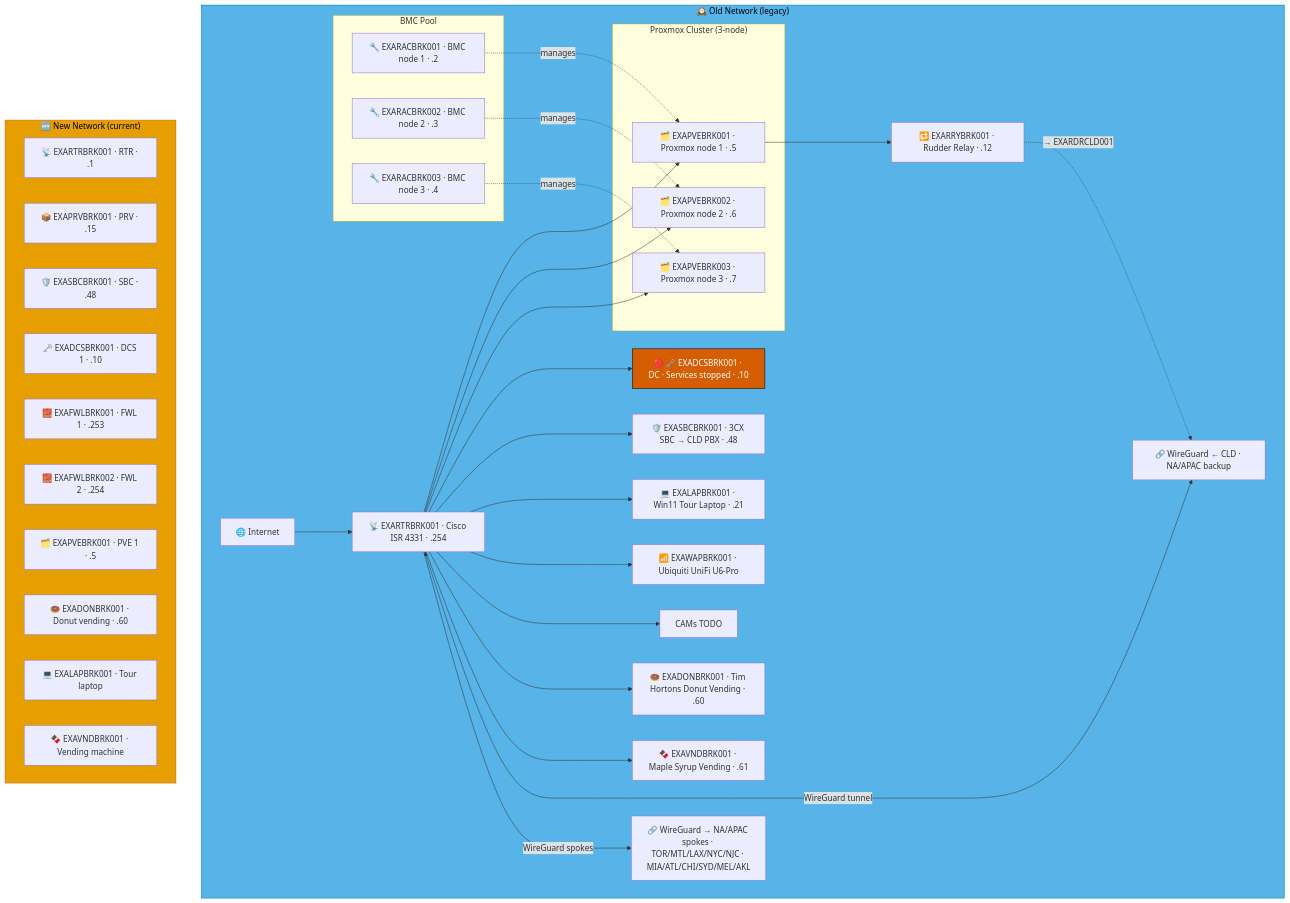
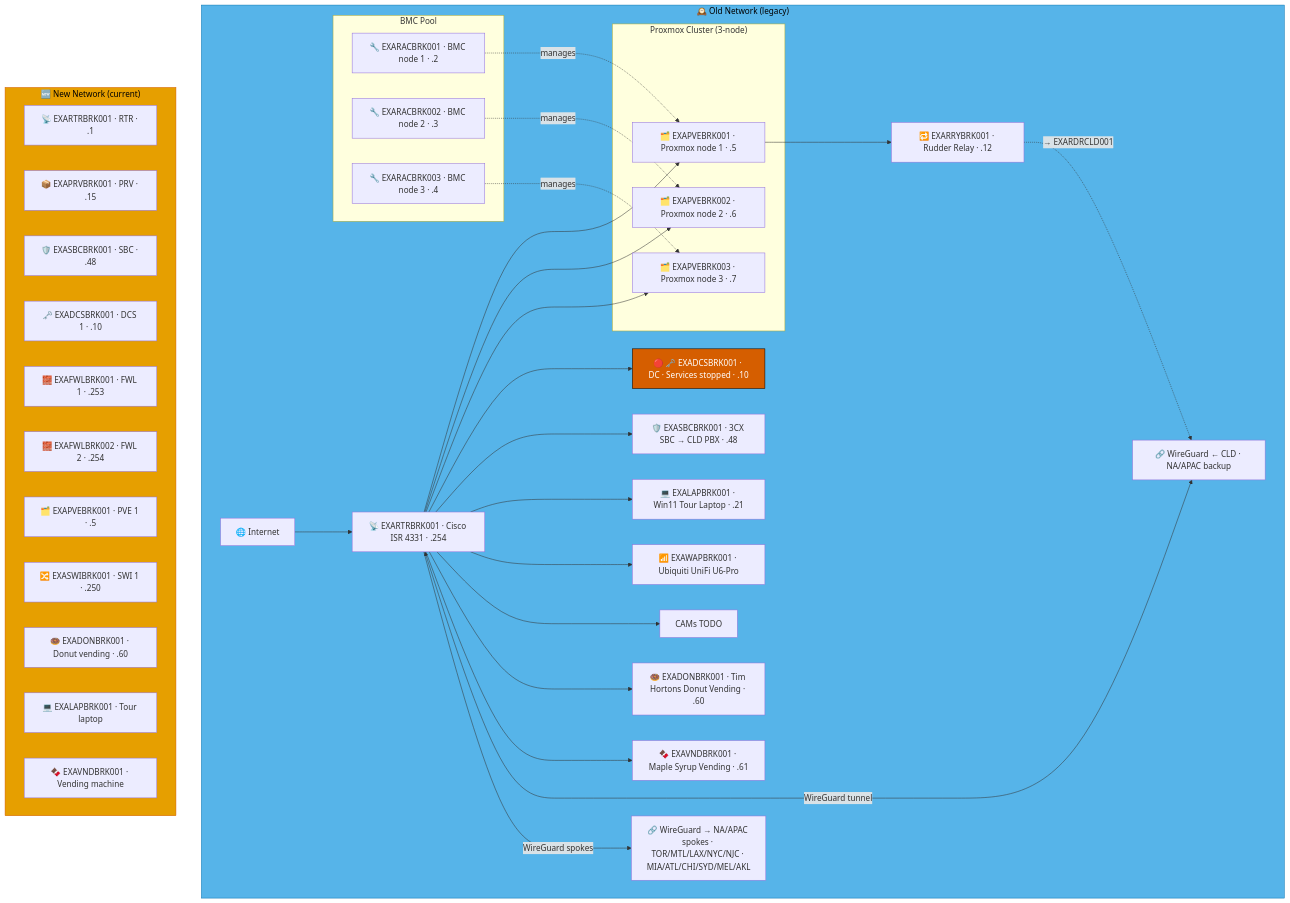
The first of 3 diagrams in docs/network-diagram/canada.md (knightmare2600/example_music_infra), drawn with Mermaid before and after one commit. The commit also changed other lines of this file and 12 other files, not shown here.

````diff
--- a/docs/network-diagram/canada.md
+++ b/docs/network-diagram/canada.md
@@ -17,61 +17,62 @@
 ```mermaid
 graph TD
     subgraph OLD_BRK ["🕰️ Old Network (legacy)"]
       INET["🌐 Internet"]
       RTR["📡 EXARTRBRK001 · Cisco ISR 4331 · .254"]
 
       subgraph BMC ["BMC Pool"]
           RAC1["🔧 EXARACBRK001 · BMC node 1 · .2"]
           RAC2["🔧 EXARACBRK002 · BMC node 2 · .3"]
           RAC3["🔧 EXARACBRK003 · BMC node 3 · .4"]
       end
 
       subgraph PVE ["Proxmox Cluster (3-node)"]
           PVE1["🗂️ EXAPVEBRK001 · Proxmox node 1 · .5"]
           PVE2["🗂️ EXAPVEBRK002 · Proxmox node 2 · .6"]
           PVE3["🗂️ EXAPVEBRK003 · Proxmox node 3 · .7"]
       end
 
       DC["🔴 🗝️ EXADCSBRK001 · DC · Services stopped · .10"]
       SBC["🛡️ EXASBCBRK001 · 3CX SBC → CLD PBX · .48"]
       RRY["🔁 EXARRYBRK001 · Rudder Relay · .12"]
       LAP["💻 EXALAPBRK001 · Win11 Tour Laptop · .21"]
       WAP["📶 EXAWAPBRK001 · Ubiquiti UniFi U6-Pro"]
       CAM["CAMs TODO"]
       VND1["🍩 EXADONBRK001 · Tim Hortons Donut Vending · .60"]
       VND2["🍫 EXAVNDBRK001 · Maple Syrup Vending · .61"]
       VPN_CLD["🔗 WireGuard ← CLD · NA/APAC backup"]
       VPN_NA["🔗 WireGuard → NA/APAC spokes · TOR/MTL/LAX/NYC/NJC · MIA/ATL/CHI/SYD/MEL/AKL"]
 
       INET --> RTR
       RTR --> PVE1 & PVE2 & PVE3
       RTR --> DC & SBC
       RAC1 -.->|"manages"| PVE1
       RAC2 -.->|"manages"| PVE2
       RAC3 -.->|"manages"| PVE3
       RTR --> LAP & WAP & CAM & VND1 & VND2
       RTR <-->|"WireGuard tunnel"| VPN_CLD
       RTR -->|"WireGuard spokes"| VPN_NA
 
       PVE1 --> RRY
       RRY -. "→ EXARDRCLD001" .-> VPN_CLD
     end
     style OLD_BRK fill:#56B4E9,stroke:#0072B2,color:#000000
     %% GENERATED:NEW-NETWORK:BRK:START
     subgraph NEW_BRK ["🆕 New Network (current)"]
       N_RTR["📡 EXARTRBRK001 · RTR · .1"]
       N_PRV["📦 EXAPRVBRK001 · PRV · .15"]
       N_SBC["🛡️ EXASBCBRK001 · SBC · .48"]
       N_DCS["🗝️ EXADCSBRK001 · DCS 1 · .10"]
       N_FWL["🧱 EXAFWLBRK001 · FWL 1 · .253"]
       N_FWL2["🧱 EXAFWLBRK002 · FWL 2 · .254"]
       N_PVE["🗂️ EXAPVEBRK001 · PVE 1 · .5"]
+      N_SWI["🔀 EXASWIBRK001 · SWI 1 · .250"]
       N_DON["🍩 EXADONBRK001 · Donut vending · .60"]
       N_LAP["💻 EXALAPBRK001 · Tour laptop"]
       N_VND["🍫 EXAVNDBRK001 · Vending machine"]
     end
     style NEW_BRK fill:#E69F00,stroke:#D55E00,color:#000000
     %% GENERATED:NEW-NETWORK:BRK:END
     classDef warn fill:#D55E00,stroke:#000000,color:#ffffff
     class DC warn
 ```
````
